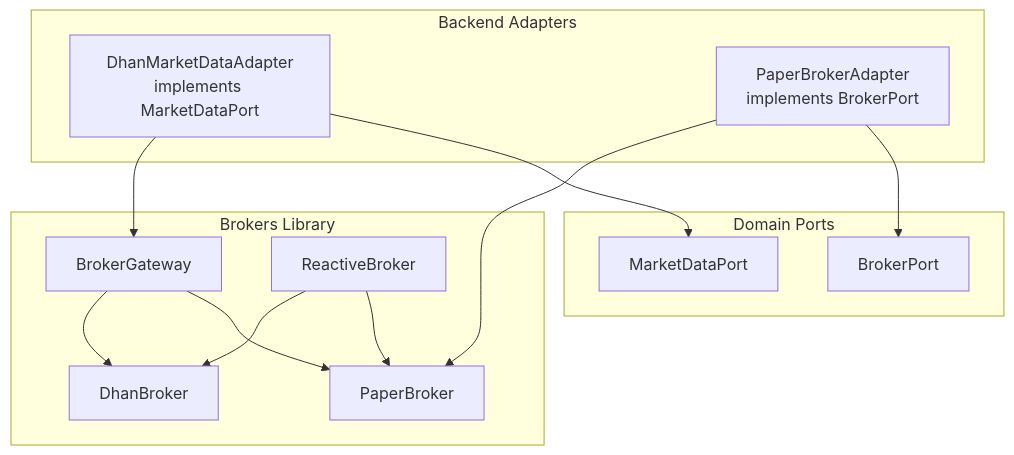
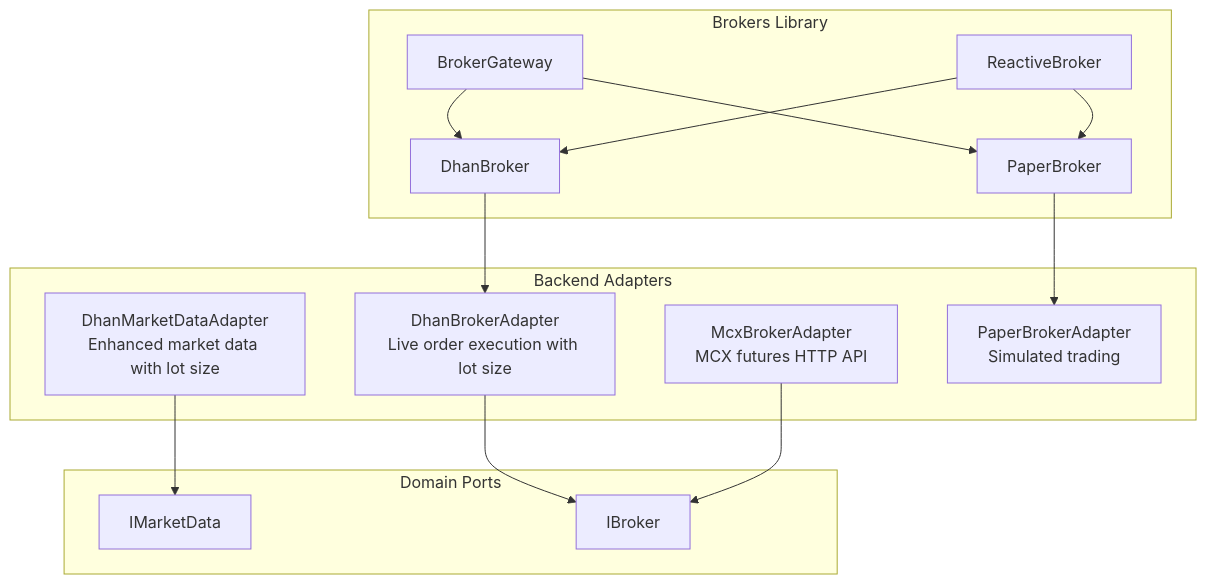
One commit to gemrajkhatry-maker/v5-of-glassytrade-ai changed the first of 8 diagrams in .qoder/repowiki/en/content/Backend Application/Infrastructure Adapters/Broker Adapters.md. Above: the diagram before and after it, drawn with Mermaid. The commit also changed other lines of this file and 219 other files, not shown here.

First line of the commit message:
refactor: major architecture improvements across backend, backendv2, brokers, and frontend

````diff
--- a/.qoder/repowiki/en/content/Backend Application/Infrastructure Adapters/Broker Adapters.md
+++ b/.qoder/repowiki/en/content/Backend Application/Infrastructure Adapters/Broker Adapters.md
@@ -43,25 +53,28 @@
 ```mermaid
 graph TB
 subgraph "Backend Adapters"
-DM["DhanMarketDataAdapter<br/>implements MarketDataPort"]
-PB["PaperBrokerAdapter<br/>implements BrokerPort"]
+DBA["DhanBrokerAdapter<br/>Live order execution with lot size"]
+MCXA["McxBrokerAdapter<br/>MCX futures HTTP API"]
+DMA["DhanMarketDataAdapter<br/>Enhanced market data with lot size"]
+PB["PaperBrokerAdapter<br/>Simulated trading"]
 end
 subgraph "Domain Ports"
-MD["MarketDataPort"]
-BR["BrokerPort"]
+MD["IMarketData"]
+BR["IBroker"]
 end
 subgraph "Brokers Library"
 GW["BrokerGateway"]
 RB["ReactiveBroker"]
 DB["DhanBroker"]
 PBR["PaperBroker"]
 end
-DM --> GW
-PB --> PBR
+DBA --> BR
+MCXA --> BR
+DMA --> MD
+DB --> DBA
+PBR --> PB
 GW --> DB
 GW --> PBR
 RB --> DB
 RB --> PBR
-DM --> MD
-PB --> BR
 ```
````
